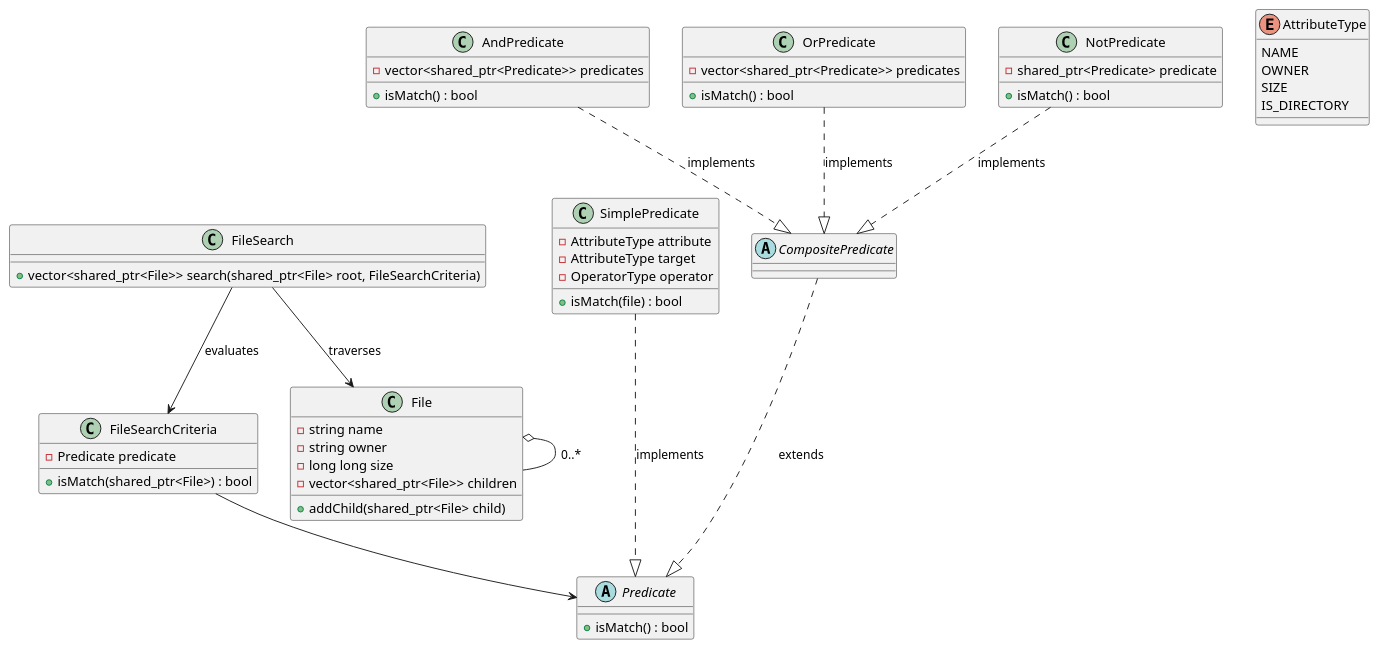
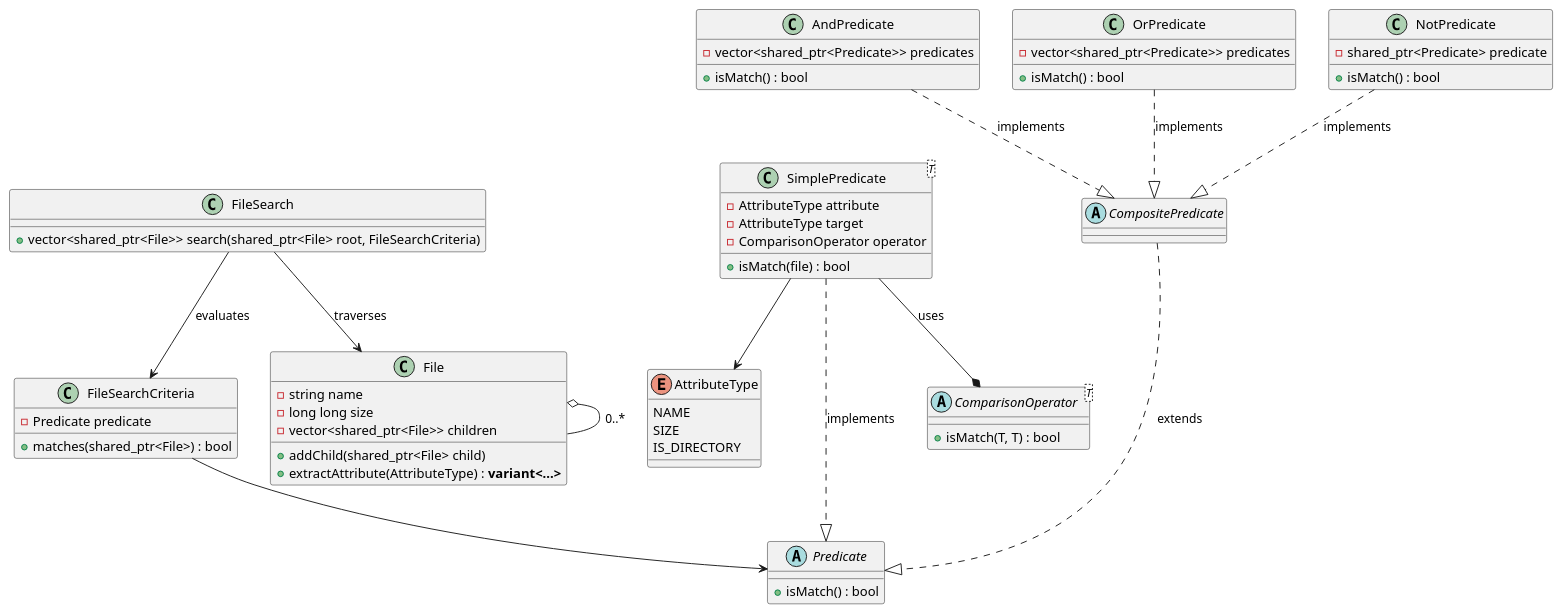
One commit to zanymarconi/cp4 changed the diagram in dllgbb/unixfilesearch/ufscdiag.iuml. Above: the diagram before and after it, drawn with PlantUML. The commit also changed 10 other files, not shown here.

```diff
--- a/dllgbb/unixfilesearch/ufscdiag.iuml
+++ b/dllgbb/unixfilesearch/ufscdiag.iuml
@@ -1,63 +1,68 @@
 @startuml
 class FileSearch {
     + vector<shared_ptr<File>> search(shared_ptr<File> root, FileSearchCriteria)
 }
 FileSearch --> FileSearchCriteria : evaluates
 FileSearch --> File : traverses
 
 enum AttributeType {
     NAME
-    OWNER
     SIZE
     IS_DIRECTORY
 }
 
 class File {
     -string name
-    -string owner
     - long long size
     - vector<shared_ptr<File>> children
     + addChild(shared_ptr<File> child)
+    + extractAttribute(AttributeType) : <b>variant<...>
 }
 File  o-- File: 0..*
 
 class FileSearchCriteria {
     - Predicate predicate
-    + isMatch(shared_ptr<File>) : bool
+    + matches(shared_ptr<File>) : bool
 }
 FileSearchCriteria --> Predicate
 
 abstract class Predicate {
     + isMatch() : bool
 }
 
-class SimplePredicate {
+class SimplePredicate<T> {
     - AttributeType attribute
     - AttributeType target
-    - OperatorType operator
+    - ComparisonOperator operator
     + isMatch(file) : bool
 }
+
+abstract class ComparisonOperator<T> {
+    + isMatch(T, T) : bool
+}
+SimplePredicate --* ComparisonOperator : uses
+SimplePredicate --> AttributeType
 
 abstract class CompositePredicate {
 }
 
 class AndPredicate {
     - vector<shared_ptr<Predicate>> predicates
     + isMatch() : bool
 }
 class OrPredicate {
     - vector<shared_ptr<Predicate>> predicates
     + isMatch() : bool
 }
 class NotPredicate {
     - shared_ptr<Predicate> predicate
     + isMatch() : bool
 }
 AndPredicate ..|> CompositePredicate : implements
 OrPredicate ..|> CompositePredicate : implements
 NotPredicate ..|> CompositePredicate : implements
 
 SimplePredicate ..-|> Predicate : implements
 CompositePredicate ..-|> Predicate : extends
 
 @enduml
```
